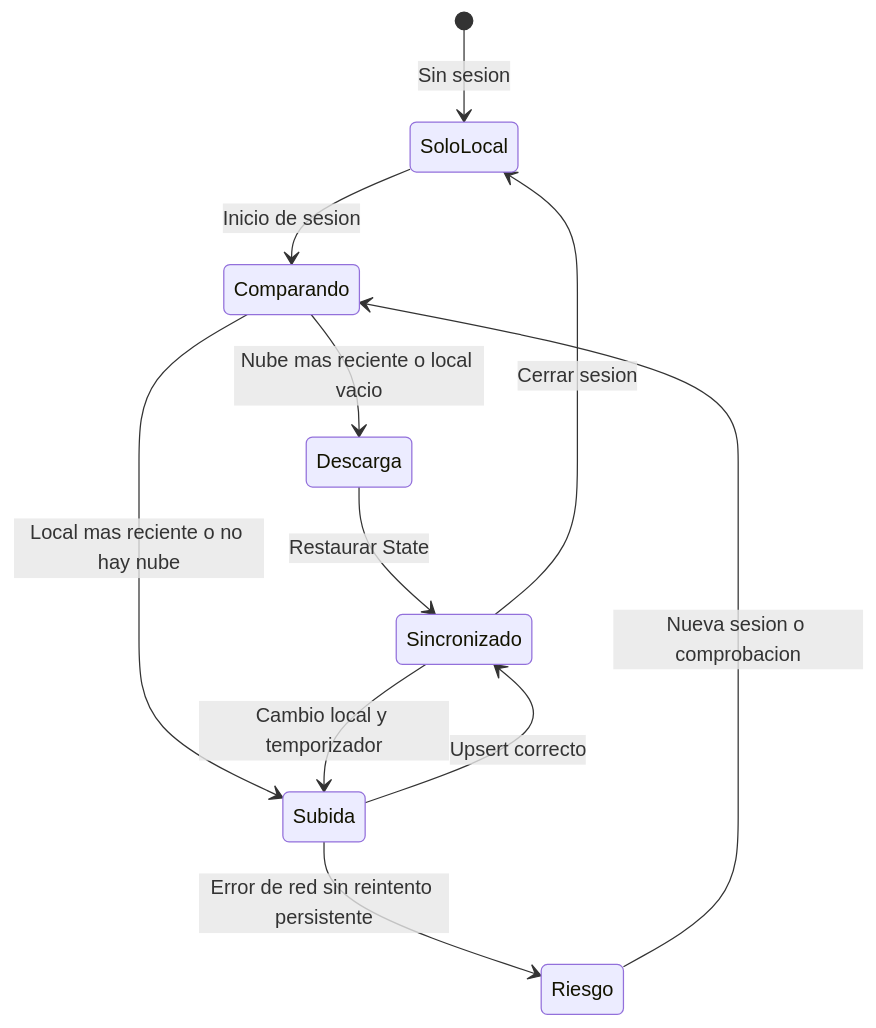
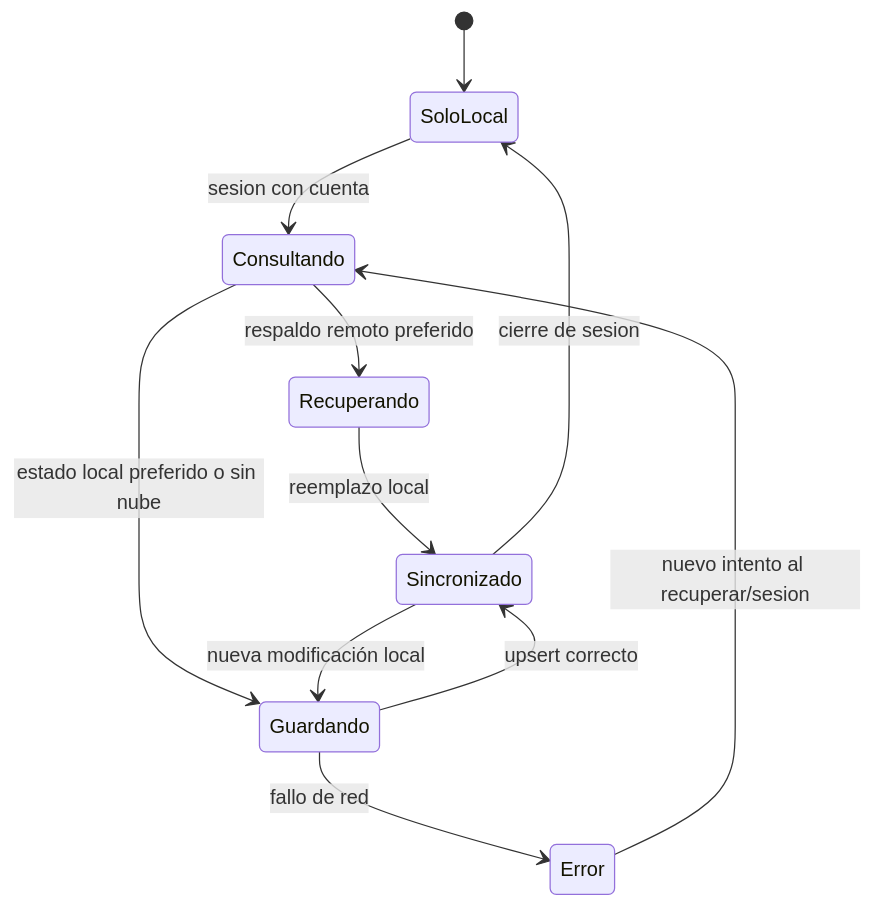
One commit to NicoCG32/Bodega-PaMaRa changed the fourth of 4 diagrams in docs/tecnica/03-persistencia-y-sincronizacion.md. Above: the diagram before and after it, drawn with Mermaid. The commit also changed other lines of this file and 2 other files, not shown here.

````diff
--- a/docs/tecnica/03-persistencia-y-sincronizacion.md
+++ b/docs/tecnica/03-persistencia-y-sincronizacion.md
@@ -90,13 +114,13 @@
 ```mermaid
 stateDiagram-v2
-  [*] --> SoloLocal: Sin sesion
-  SoloLocal --> Comparando: Inicio de sesion
-  Comparando --> Descarga: Nube mas reciente o local vacio
-  Comparando --> Subida: Local mas reciente o no hay nube
-  Descarga --> Sincronizado: Restaurar State
-  Subida --> Sincronizado: Upsert correcto
-  Sincronizado --> Subida: Cambio local y temporizador
-  Subida --> Riesgo: Error de red sin reintento persistente
-  Riesgo --> Comparando: Nueva sesion o comprobacion
-  Sincronizado --> SoloLocal: Cerrar sesion
+    [*] --> SoloLocal
+    SoloLocal --> Consultando: sesion con cuenta
+    Consultando --> Recuperando: respaldo remoto preferido
+    Consultando --> Guardando: estado local preferido o sin nube
+    Recuperando --> Sincronizado: reemplazo local
+    Guardando --> Sincronizado: upsert correcto
+    Guardando --> Error: fallo de red
+    Sincronizado --> Guardando: nueva modificación local
+    Error --> Consultando: nuevo intento al recuperar/sesion
+    Sincronizado --> SoloLocal: cierre de sesion
 ```
````
